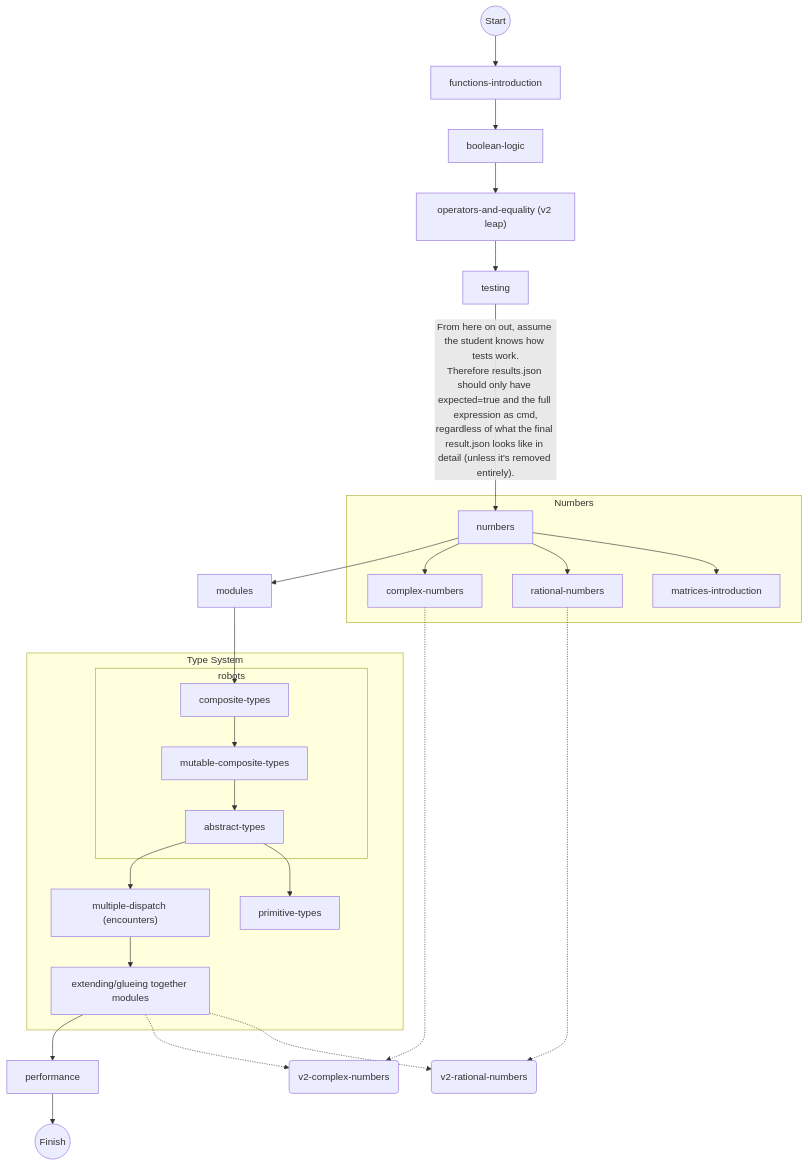
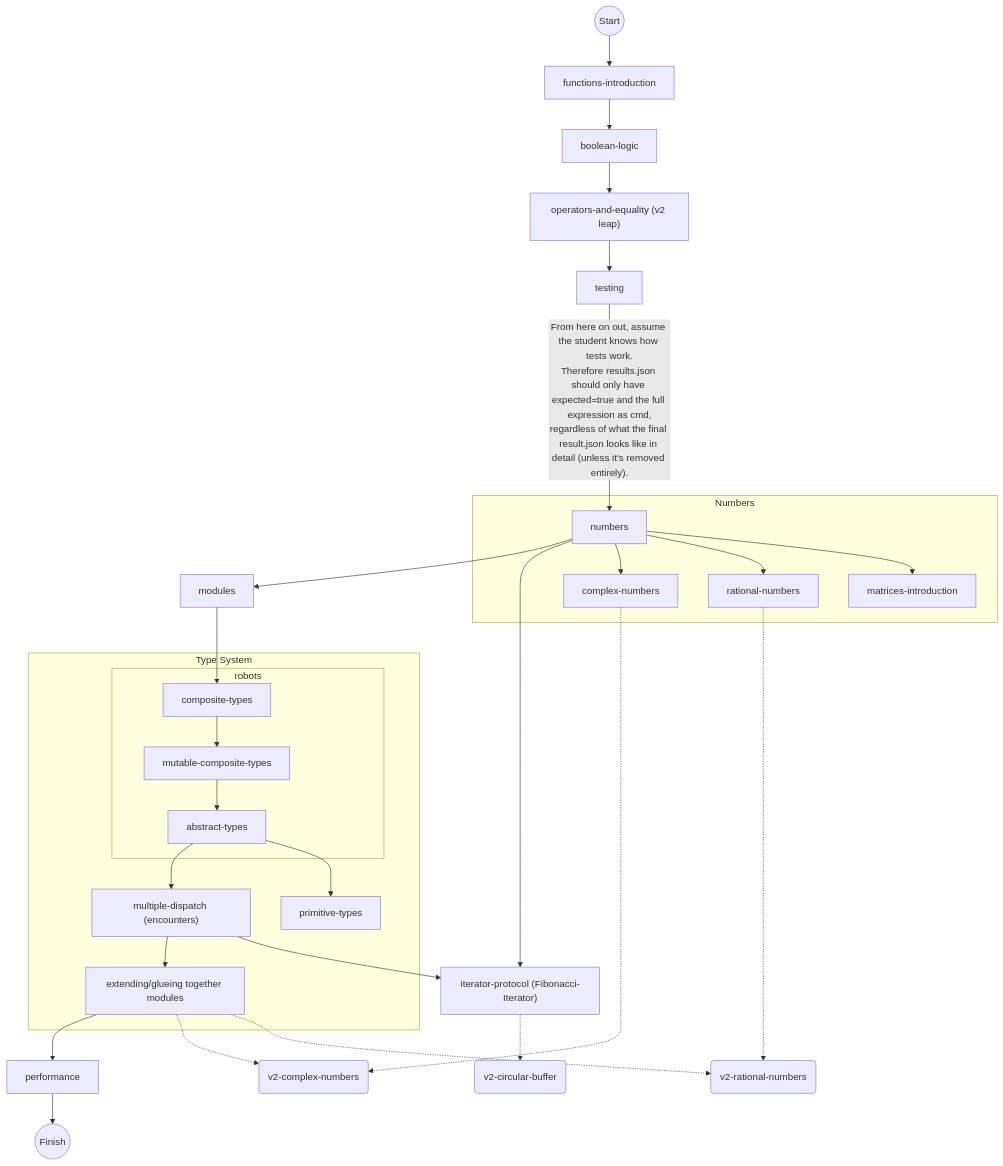
One commit to exercism/julia changed the diagram in reference/progression.md. Above: the diagram before and after it, drawn with Mermaid.

Commit message:
Add iterator exercise to progression

````diff
--- a/reference/progression.md
+++ b/reference/progression.md
@@ -11,40 +11,45 @@
 ```mermaid
 graph TD
 
 Start((Start)) --> functions-introduction
 
 functions-introduction --> boolean-logic
 
 boolean-logic --> leap["operators-and-equality (v2 leap)"]
 
 leap --> testing
 
 testing -- "From here on out, assume the student knows how tests work.<br/>Therefore results.json should only have expected=true and the full expression as cmd,<br/>regardless of what the final result.json looks like in detail (unless it's removed entirely)." --> numbers
 
 numbers --> modules
 
 modules --> composite-types
 subgraph Type System
 	subgraph robots
 		composite-types --> mutable-composite-types
 		mutable-composite-types --> abstract-types
 	end
 	abstract-types --> multiple-dispatch
 	multiple-dispatch["multiple-dispatch (encounters)"] --> extension[extending/glueing together modules]
 
 	abstract-types --> primitive-types
 end
+
+numbers --> iterator-protocol["iterator-protocol (Fibonacci-Iterator)"]
+multiple-dispatch --> iterator-protocol
+
 extension --> performance
 performance --> Finish((Finish))
 
 subgraph Numbers
 	numbers --> complex-numbers
 	numbers --> rational-numbers
 	numbers --> matrices-introduction
 end
 
 complex-numbers -.-> v2-complex-numbers(v2-complex-numbers)
 rational-numbers -.-> v2-rational-numbers(v2-rational-numbers)
 extension -.-> v2-complex-numbers
 extension -.-> v2-rational-numbers
+iterator-protocol -.-> v2-circular-buffer(v2-circular-buffer)
 ```
````
